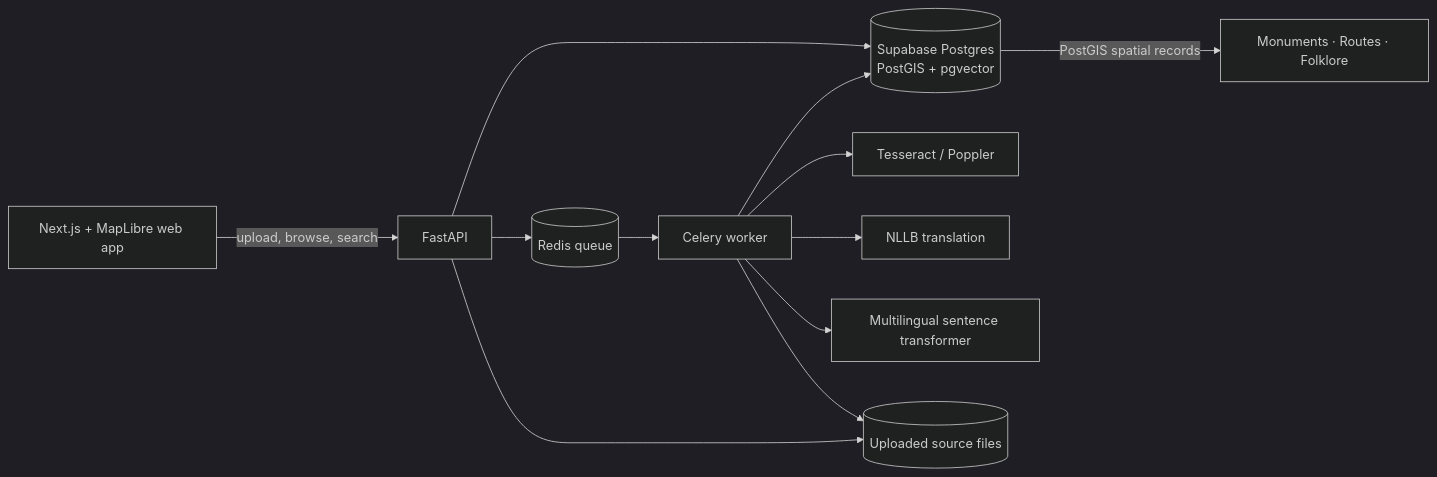
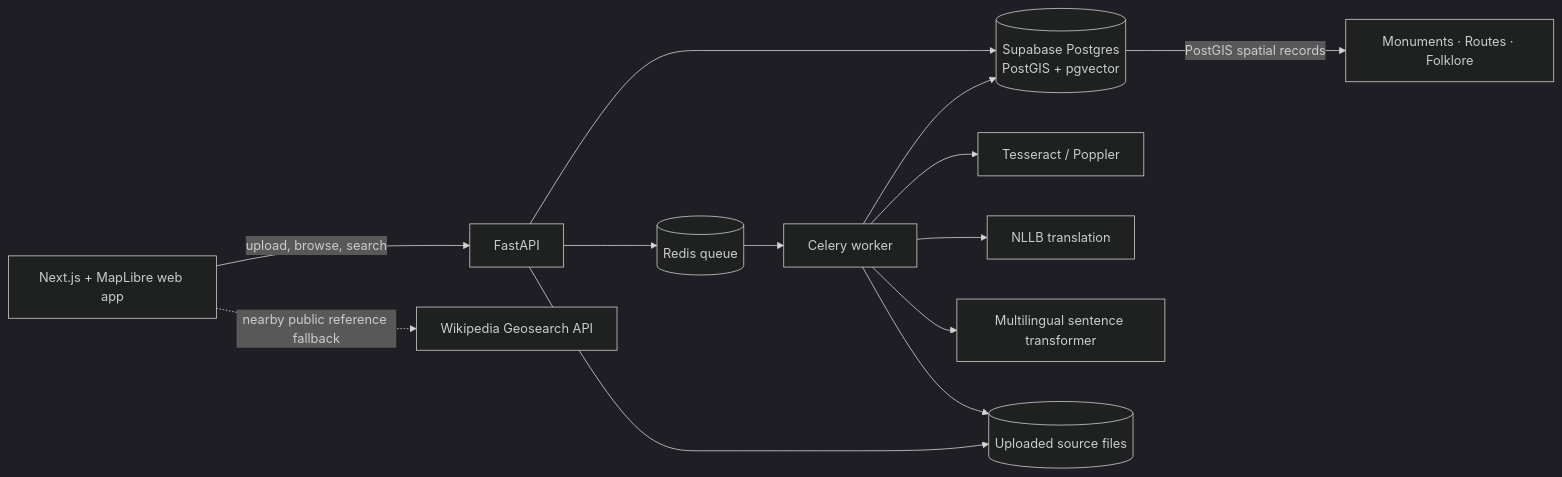
Before and after one commit to Paras-PB/sthala-sutra: the diagram in README.md, drawn with Mermaid (dark theme). The commit also changed other lines of this file and 12 other files, not shown here.

````diff
--- a/README.md
+++ b/README.md
@@ -17,14 +18,15 @@
 ```mermaid
 flowchart LR
   W[Next.js + MapLibre web app] -->|upload, browse, search| API[FastAPI]
+  W -.->|nearby public reference fallback| WK[Wikipedia Geosearch API]
   API --> DB[(Supabase Postgres<br/>PostGIS + pgvector)]
   API --> Q[(Redis queue)]
   Q --> CW[Celery worker]
   CW --> OCR[Tesseract / Poppler]
   CW --> MT[NLLB translation]
   CW --> EMB[Multilingual sentence transformer]
   CW --> DB
   CW --> FS[(Uploaded source files)]
   API --> FS
   DB -->|PostGIS spatial records| MAP[Monuments · Routes · Folklore]
 ```
````
